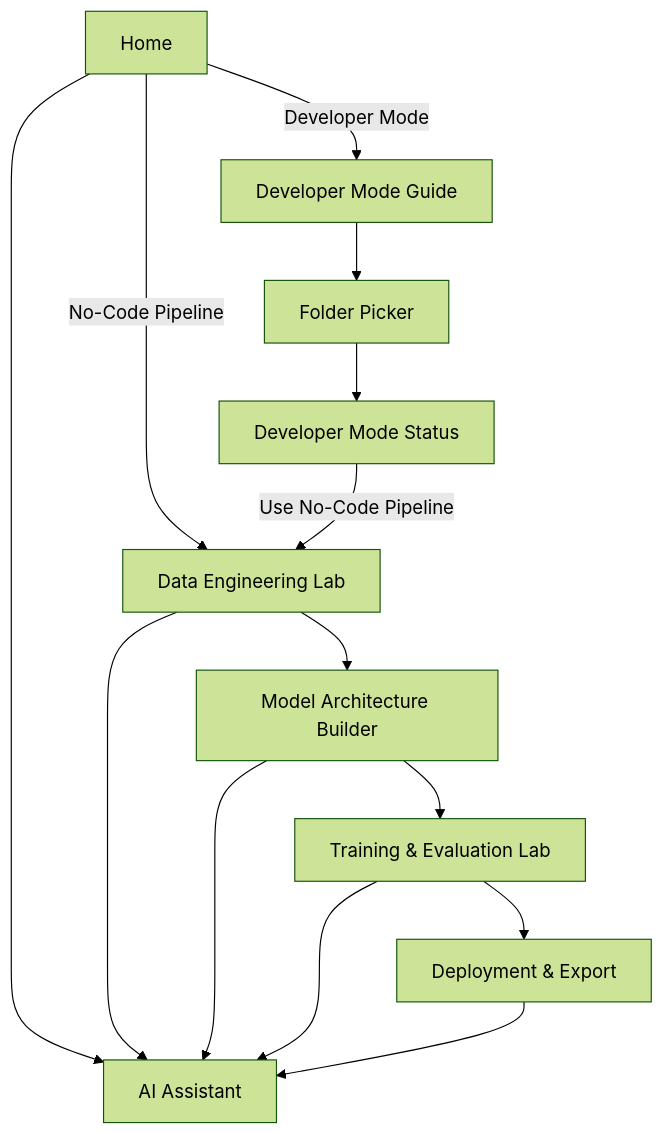
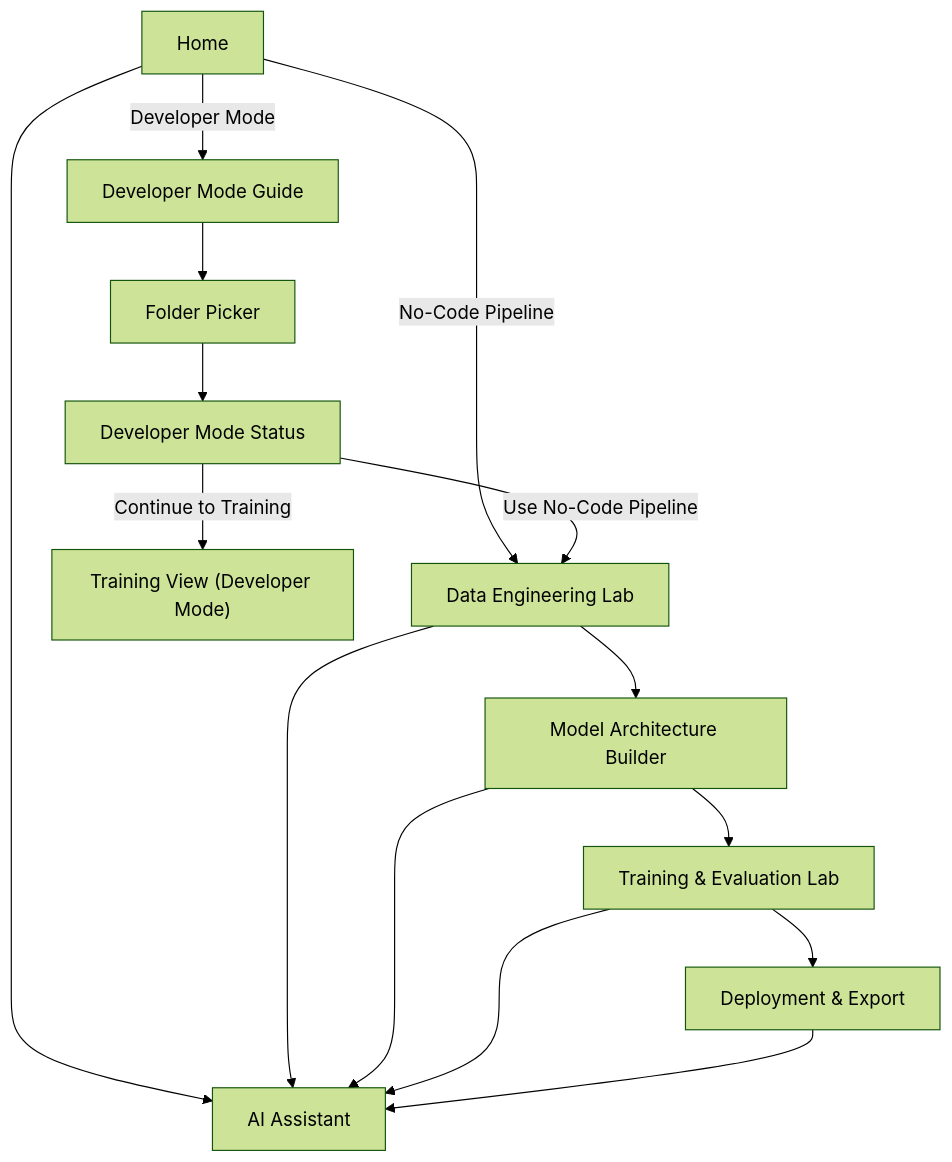
The diagram in docs/architecture.md (Nawfel-9/neural-forge), drawn with Mermaid (forest theme) before and after one commit. The commit also changed other lines of this file and 6 other files, not shown here.

````diff
--- a/docs/architecture.md
+++ b/docs/architecture.md
@@ -11,26 +11,28 @@
 ```mermaid
 flowchart TB
     Home["Home"]
     Data["Data Engineering Lab"]
     Model["Model Architecture Builder"]
     Train["Training & Evaluation Lab"]
     Export["Deployment & Export"]
     DevGuide["Developer Mode Guide"]
     DevImport["Folder Picker"]
     DevStatus["Developer Mode Status"]
+    DevTrain["Training View (Developer Mode)"]
     Assistant["AI Assistant"]
 
     Home -- "No-Code Pipeline" --> Data
     Data --> Model
     Model --> Train
     Train --> Export
     Home -- "Developer Mode" --> DevGuide
     DevGuide --> DevImport
     DevImport --> DevStatus
+    DevStatus -- "Continue to Training" --> DevTrain
     DevStatus -- "Use No-Code Pipeline" --> Data
     Home --> Assistant
     Data --> Assistant
     Model --> Assistant
     Train --> Assistant
     Export --> Assistant
 ```
````
